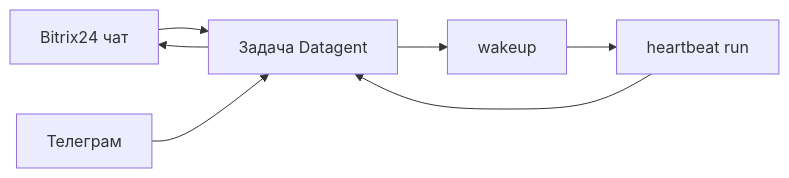
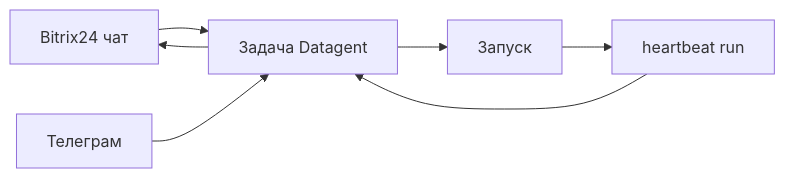
Before and after one commit to Dmitriion/datagent-docs: the diagram in docs/guides/06-channels.md, drawn with Mermaid. The commit also changed other lines of this file and 10 other files, not shown here.

````diff
--- a/docs/guides/06-channels.md
+++ b/docs/guides/06-channels.md
@@ -55,9 +55,9 @@
 ```mermaid
 flowchart LR
   B24[Bitrix24 чат] --> Issue[Задача Datagent]
   TG[Телеграм] --> Issue
-  Issue --> Wakeup[wakeup]
-  Wakeup --> Run[heartbeat run]
+  Issue --> RunStart[Запуск]
+  RunStart --> Run[heartbeat run]
   Run --> Issue
   Issue --> B24
 ```
````
